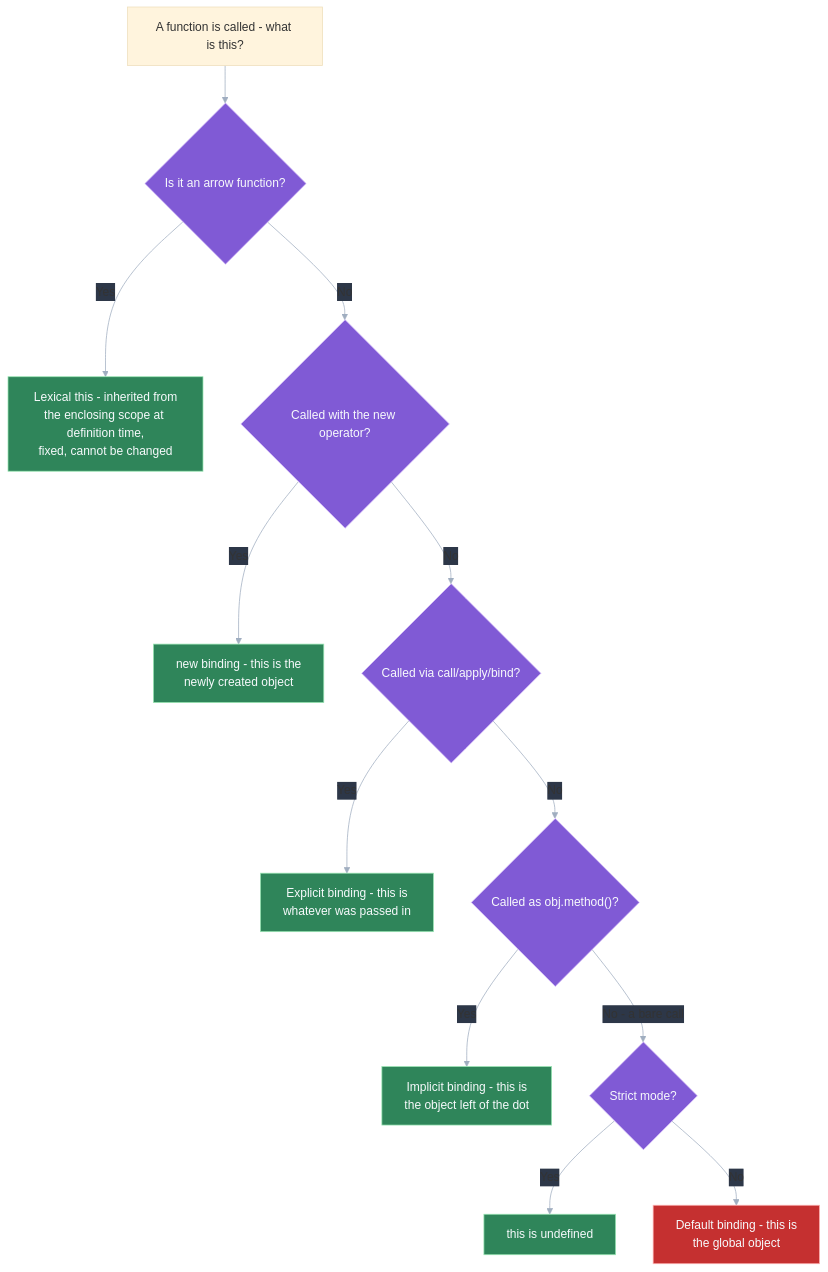
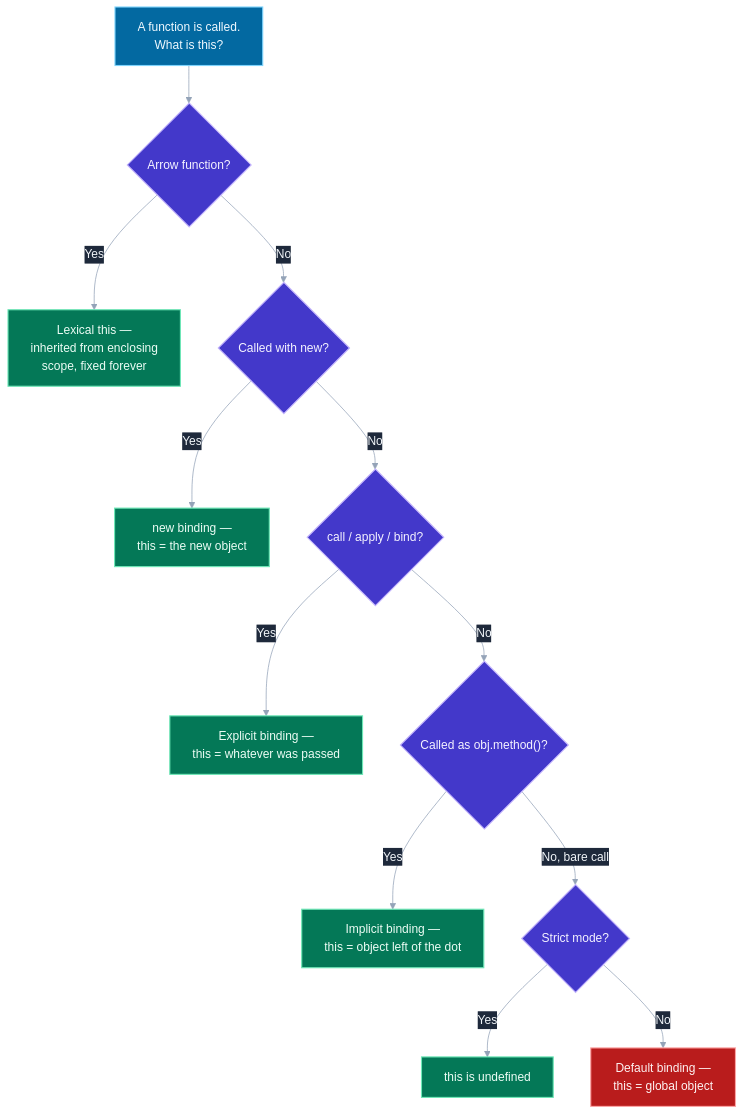
The first of 2 diagrams in data/topics/this-binding.md (vinayakhumberi/litmus), drawn with Mermaid before and after one commit. The commit also changed 4 other files, not shown here.

````diff
--- a/data/topics/this-binding.md
+++ b/data/topics/this-binding.md
@@ -109,23 +109,25 @@
 ```mermaid
-%%{init: {"theme": "base", "themeVariables": {"lineColor": "#a0aec0", "edgeLabelBackground": "#2d3748", "textColor": "#f7fafc"}}}%%
+%%{init: {"theme": "base", "themeVariables": {"primaryColor":"#334155","primaryTextColor":"#f1f5f9","primaryBorderColor":"#64748b","lineColor":"#94a3b8","edgeLabelBackground":"#1e293b","textColor":"#f1f5f9","fontSize":"16px"}}}%%
 graph TD
-    A["A function is called - what is this?"] --> B{"Is it an arrow function?"}
-    B -- "Yes" --> C["Lexical this - inherited from<br>the enclosing scope at definition time,<br>fixed, cannot be changed"]
-    B -- "No" --> D{"Called with the new operator?"}
-    D -- "Yes" --> E["new binding - this is the<br>newly created object"]
-    D -- "No" --> F{"Called via call/apply/bind?"}
-    F -- "Yes" --> G["Explicit binding - this is<br>whatever was passed in"]
+    A["A function is called.<br>What is this?"] --> B{"Arrow function?"}
+    B -- "Yes" --> C["Lexical this —<br>inherited from enclosing<br>scope, fixed forever"]
+    B -- "No" --> D{"Called with new?"}
+    D -- "Yes" --> E["new binding —<br>this = the new object"]
+    D -- "No" --> F{"call / apply / bind?"}
+    F -- "Yes" --> G["Explicit binding —<br>this = whatever was passed"]
     F -- "No" --> H{"Called as obj.method()?"}
-    H -- "Yes" --> I["Implicit binding - this is<br>the object left of the dot"]
-    H -- "No - a bare call" --> J{"Strict mode?"}
+    H -- "Yes" --> I["Implicit binding —<br>this = object left of the dot"]
+    H -- "No, bare call" --> J{"Strict mode?"}
     J -- "Yes" --> K["this is undefined"]
-    J -- "No" --> L["Default binding - this is<br>the global object"]
+    J -- "No" --> L["Default binding —<br>this = global object"]
 
-    classDef decision fill:#805ad5,stroke:#d6bcfa,color:#f7fafc
-    classDef result fill:#2f855a,stroke:#9ae6b4,color:#f7fafc
-    classDef warn fill:#c53030,stroke:#feb2b2,color:#f7fafc
+    classDef start fill:#0369a1,stroke:#7dd3fc,color:#f0f9ff,stroke-width:1.5px
+    classDef decision fill:#4338ca,stroke:#c4b5fd,color:#f5f3ff,stroke-width:1.5px
+    classDef result fill:#047857,stroke:#6ee7b7,color:#ecfdf5,stroke-width:1.5px
+    classDef warn fill:#b91c1c,stroke:#fca5a5,color:#fef2f2,stroke-width:1.5px
 
+    class A start
     class B,D,F,H,J decision
     class C,E,G,I,K result
     class L warn
 ```
````
